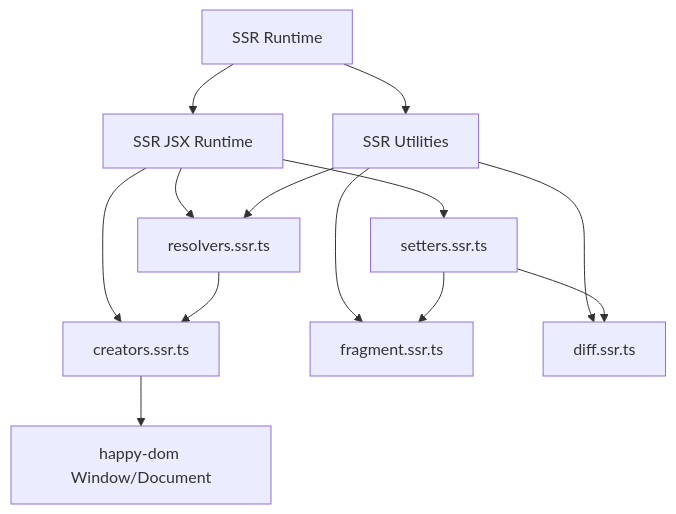
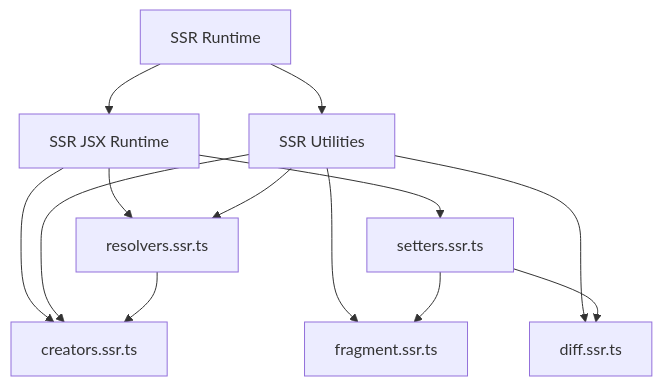
The second of 6 diagrams in .qoder/repowiki/en/content/Rendering/Server-Side Rendering.md (wobyjs/woby), drawn with Mermaid before and after one commit. The commit also changed other lines of this file and 911 other files, not shown here.

First line of the commit message:
refactor(ssr): replace happy-dom with custom DOM mocks for server-side rendering

````diff
--- a/.qoder/repowiki/en/content/Rendering/Server-Side Rendering.md
+++ b/.qoder/repowiki/en/content/Rendering/Server-Side Rendering.md
@@ -62,16 +62,16 @@
 ```mermaid
 graph TB
 SSR[SSR Runtime]
 SSR --> JSX[SSR JSX Runtime]
 SSR --> Utils[SSR Utilities]
 JSX --> creators["creators.ssr.ts"]
 JSX --> resolvers["resolvers.ssr.ts"]
 JSX --> setters["setters.ssr.ts"]
 Utils --> fragment["fragment.ssr.ts"]
 Utils --> diff["diff.ssr.ts"]
 Utils --> resolvers
-creators --> happydom["happy-dom Window/Document"]
+Utils --> creators["creators.ssr.ts"]
 setters --> fragment
 setters --> diff
 resolvers --> creators
 ```
````
